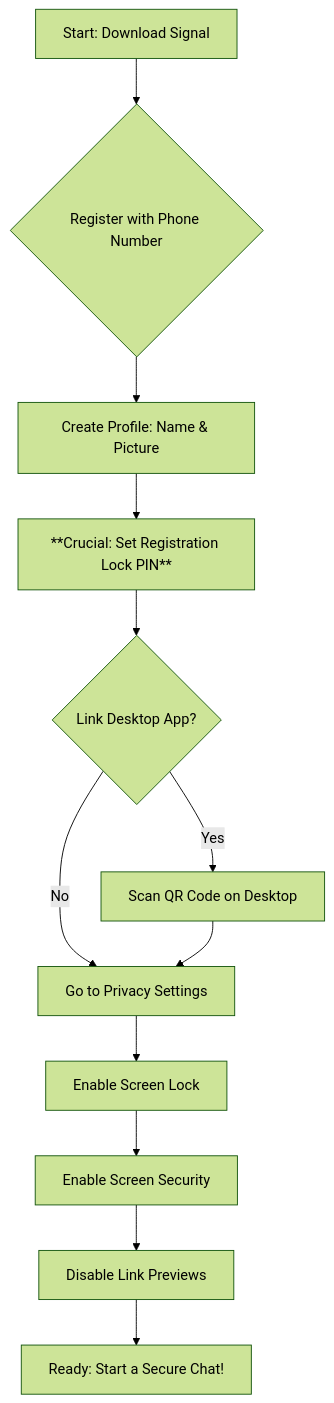
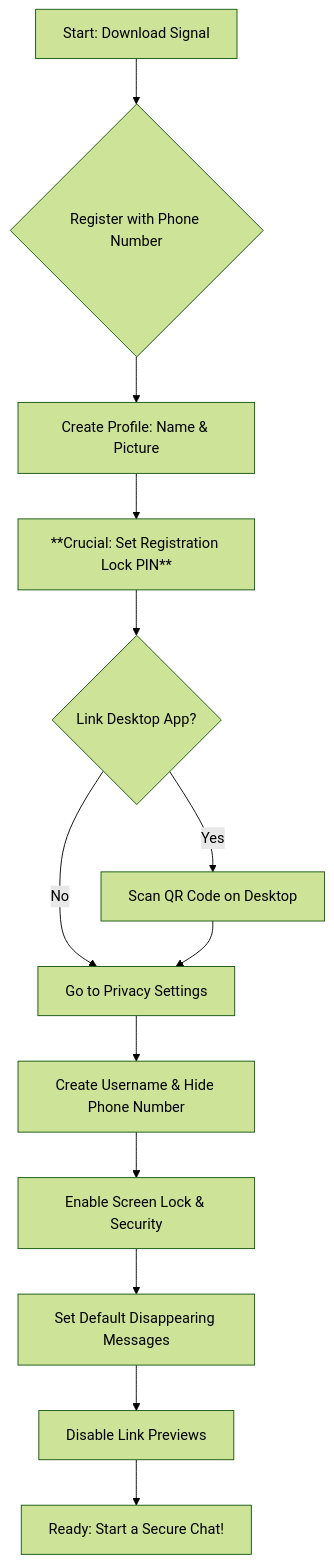
The diagram in digital-security/signal_guide.md (lumpencamp/civic-security), drawn with Mermaid (forest theme) before and after one commit. The commit also changed other lines of this file and 35 other files, not shown here.

````diff
--- a/digital-security/signal_guide.md
+++ b/digital-security/signal_guide.md
@@ -124,14 +140,15 @@
 ```mermaid
 graph TD
     A[Start: Download Signal] --> B{Register with Phone Number};
     B --> C[Create Profile: Name & Picture];
     C --> D[**Crucial: Set Registration Lock PIN**];
     D --> E{Link Desktop App?};
     E -- Yes --> F[Scan QR Code on Desktop];
     E -- No --> G[Go to Privacy Settings];
     F --> G;
-    G --> H[Enable Screen Lock];
-    H --> I[Enable Screen Security];
-    I --> J[Disable Link Previews];
-    J --> K[Ready: Start a Secure Chat!];
+    G --> H[Create Username & Hide Phone Number];
+    H --> I[Enable Screen Lock & Security];
+    I --> J[Set Default Disappearing Messages];
+    J --> K[Disable Link Previews];
+    K --> L[Ready: Start a Secure Chat!];
 ```
````
